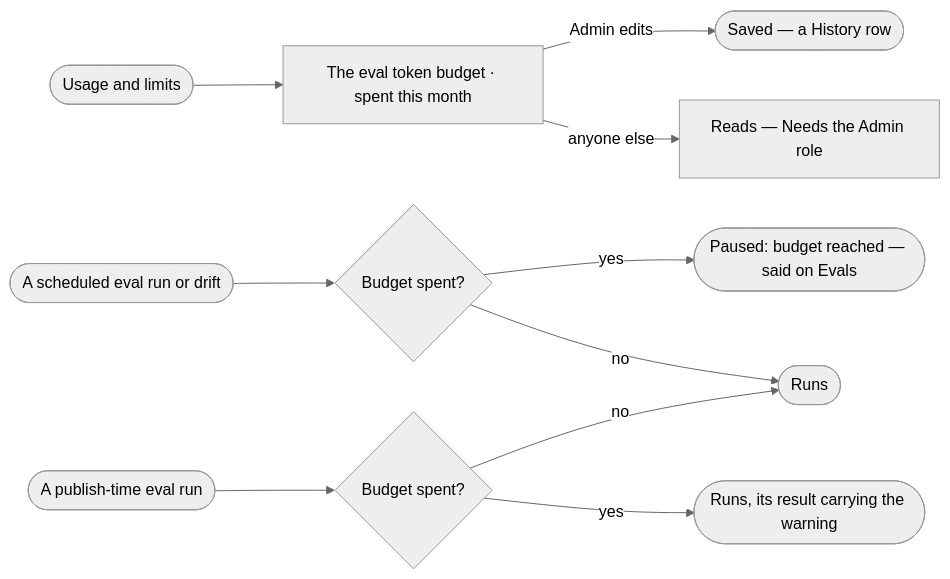
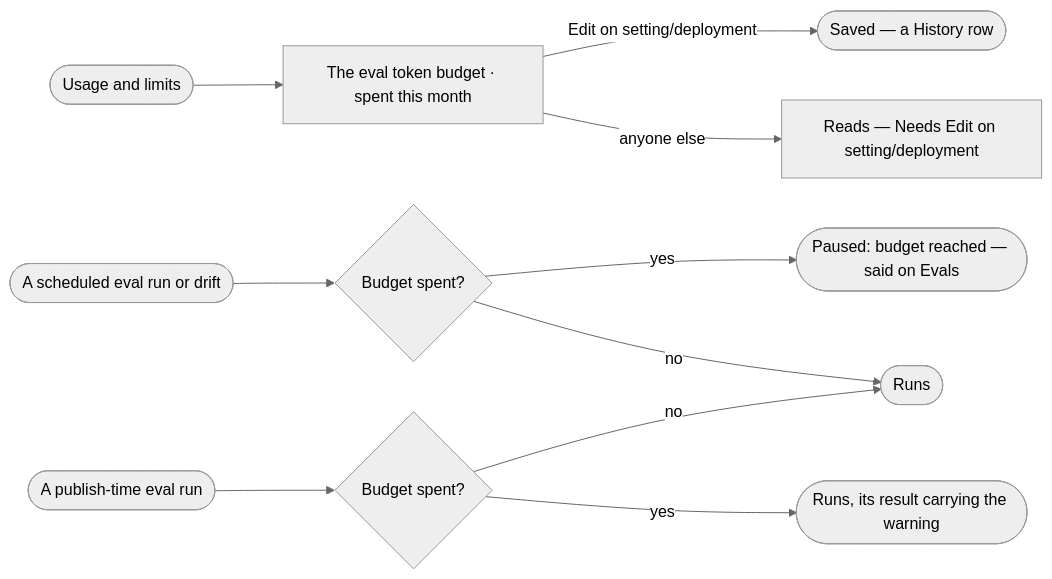
One commit to invana/invana changed the diagram in specs/capabilities/agents/features/AG-F10-test-an-agent-and-a-skill/stories/AG-59-keep-tests-and-evals-within-their-token-budget/story.md. Above: the diagram before and after it, drawn with Mermaid (neutral theme). The commit also changed other lines of this file and 228 other files, not shown here.

````diff
--- a/specs/capabilities/agents/features/AG-F10-test-an-agent-and-a-skill/stories/AG-59-keep-tests-and-evals-within-their-token-budget/story.md
+++ b/specs/capabilities/agents/features/AG-F10-test-an-agent-and-a-skill/stories/AG-59-keep-tests-and-evals-within-their-token-budget/story.md
@@ -28,12 +27,12 @@
 ```mermaid
 flowchart LR
   u([Usage and limits]) --> b["The eval token budget · spent this month"]
-  b -->|Admin edits| s(["Saved — a History row"])
-  b -->|anyone else| x["Reads — Needs the Admin role"]
+  b -->|Edit on setting/deployment| s(["Saved — a History row"])
+  b -->|anyone else| x["Reads — Needs Edit on setting/deployment"]
   r([A scheduled eval run or drift]) --> c{"Budget spent?"}
   c -->|yes| p(["Paused: budget reached — said on Evals"])
   c -->|no| go(["Runs"])
   pub([A publish-time eval run]) --> c2{"Budget spent?"}
   c2 -->|yes| w(["Runs, its result carrying the warning"])
   c2 -->|no| go
 ```
````
